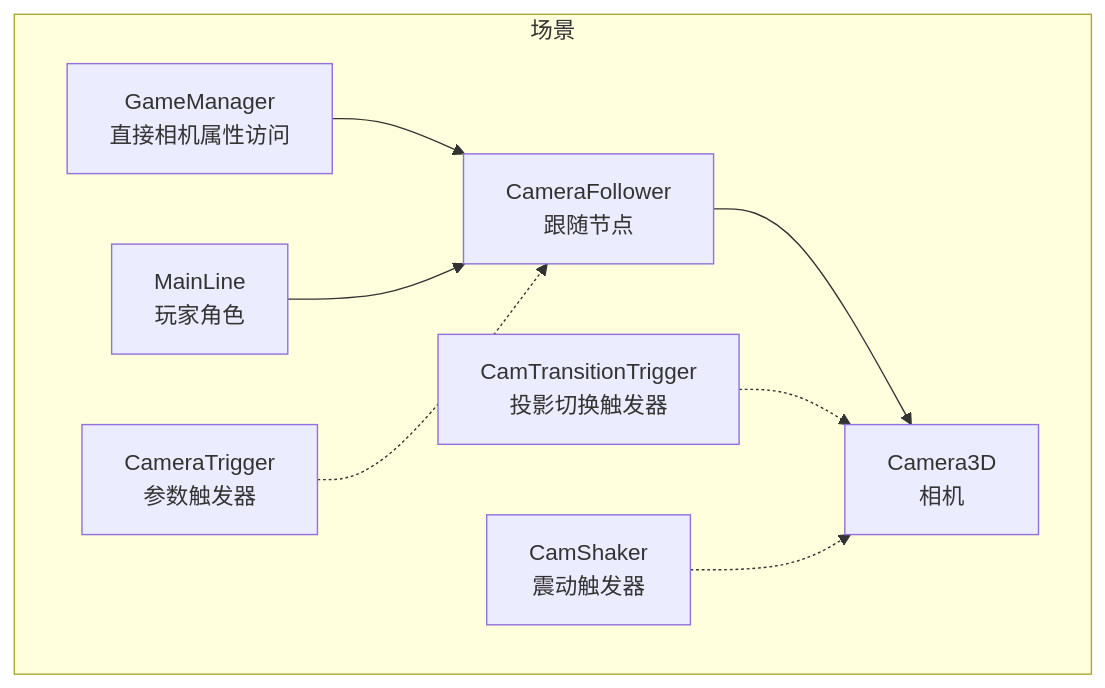
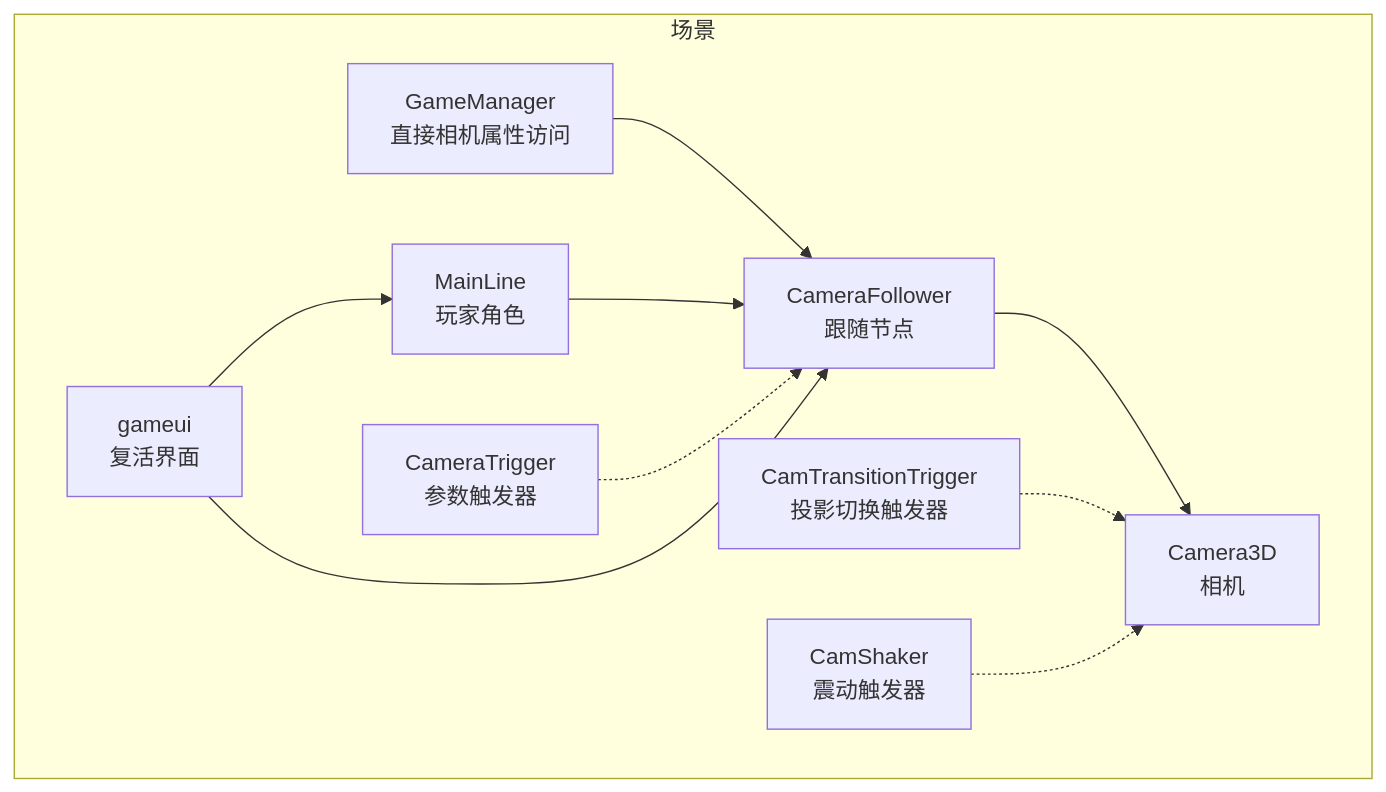
One commit to godotline/godot-line changed the first of 8 diagrams in .qoder/repowiki/zh/content/游戏系统/相机系统/相机跟随系统.md. Above: the diagram before and after it, drawn with Mermaid. The commit also changed other lines of this file and 7 other files, not shown here.

````diff
--- a/.qoder/repowiki/zh/content/游戏系统/相机系统/相机跟随系统.md
+++ b/.qoder/repowiki/zh/content/游戏系统/相机系统/相机跟随系统.md
@@ -54,18 +57,21 @@
 ```mermaid
 graph TB
 subgraph "场景"
 GM["GameManager<br/>直接相机属性访问"]
 ML["MainLine<br/>玩家角色"]
 CF["CameraFollower<br/>跟随节点"]
 CAM["Camera3D<br/>相机"]
 CT["CameraTrigger<br/>参数触发器"]
 TT["CamTransitionTrigger<br/>投影切换触发器"]
 CS["CamShaker<br/>震动触发器"]
+UI["gameui<br/>复活界面"]
 end
 GM --> CF
 ML --> CF
 CF --> CAM
 CT -.-> CF
 TT -.-> CAM
 CS -.-> CAM
+UI --> CF
+UI --> ML
 ```
````
